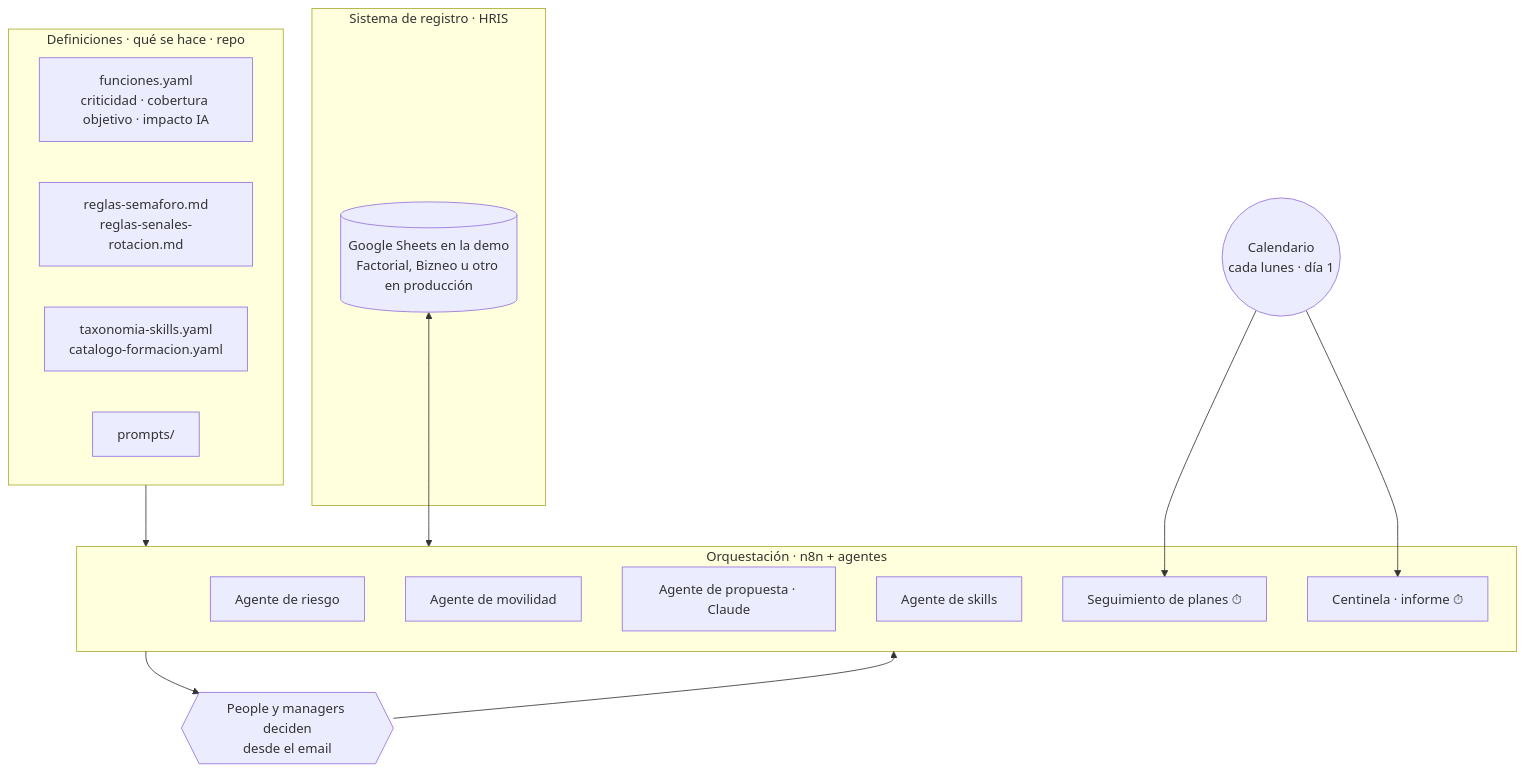
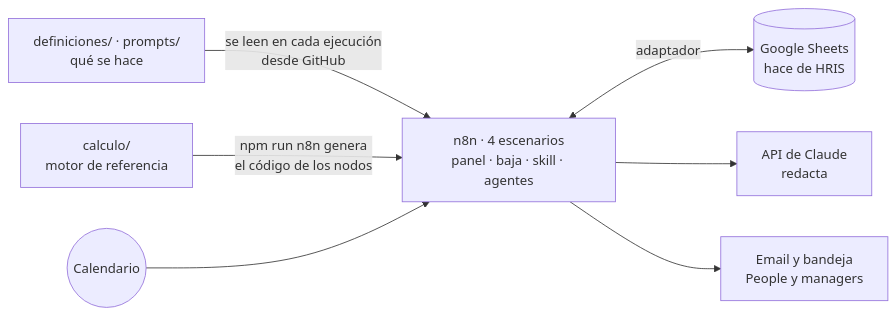
Before and after one commit to andfermen/People-OS-ACME: the second of 2 diagrams in README.md, drawn with Mermaid. The commit also changed other lines of this file, not shown here.

Commit message:
README reorganizado: visión, alcance de la demo y parte técnica

````diff
--- a/README.md
+++ b/README.md
@@ -32,28 +188,9 @@
 ```mermaid
-flowchart TB
-  subgraph HRIS["Sistema de registro · HRIS"]
-    S[(Google Sheets en la demo<br/>Factorial, Bizneo u otro en producción)]
-  end
-  subgraph DEF["Definiciones · qué se hace · repo"]
-    D1[funciones.yaml<br/>criticidad · cobertura objetivo · impacto IA]
-    D2[reglas-semaforo.md<br/>reglas-senales-rotacion.md]
-    D3[taxonomia-skills.yaml<br/>catalogo-formacion.yaml]
-    D4[prompts/]
-  end
-  subgraph ORQ["Orquestación · n8n + agentes"]
-    A1[Agente de riesgo]
-    A2[Agente de movilidad]
-    A3[Agente de propuesta · Claude]
-    A4[Agente de skills]
-    A5[Seguimiento de planes ⏱]
-    A6[Centinela · informe ⏱]
-  end
-  T((Calendario<br/>cada lunes · día 1))
-  H{{People y managers deciden<br/>desde el email}}
-  DEF --> ORQ
-  S <--> ORQ
-  T --> A5
-  T --> A6
-  ORQ --> H
-  H --> ORQ
+flowchart LR
+  DEF["definiciones/ · prompts/<br/>qué se hace"] -->|se leen en cada ejecución<br/>desde GitHub| N8N
+  CALC["calculo/<br/>motor de referencia"] -->|npm run n8n genera<br/>el código de los nodos| N8N
+  N8N["n8n · 4 escenarios<br/>panel · baja · skill · agentes"] <-->|adaptador| SHEET[("Google Sheets<br/>hace de HRIS")]
+  N8N --> CLAUDE["API de Claude<br/>redacta"]
+  N8N --> EMAIL["Email y bandeja<br/>People y managers"]
+  CAL((Calendario)) --> N8N
 ```
````
